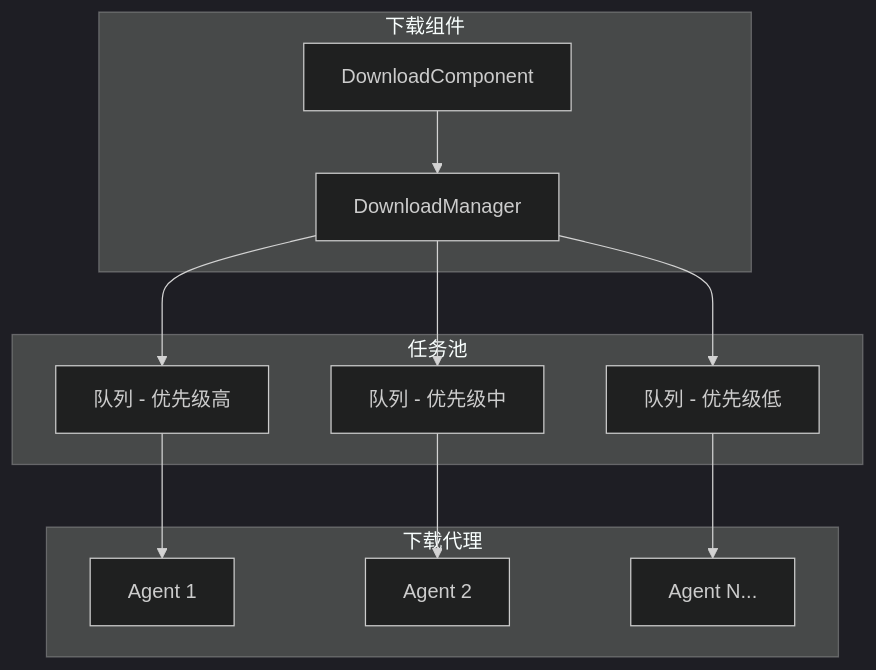
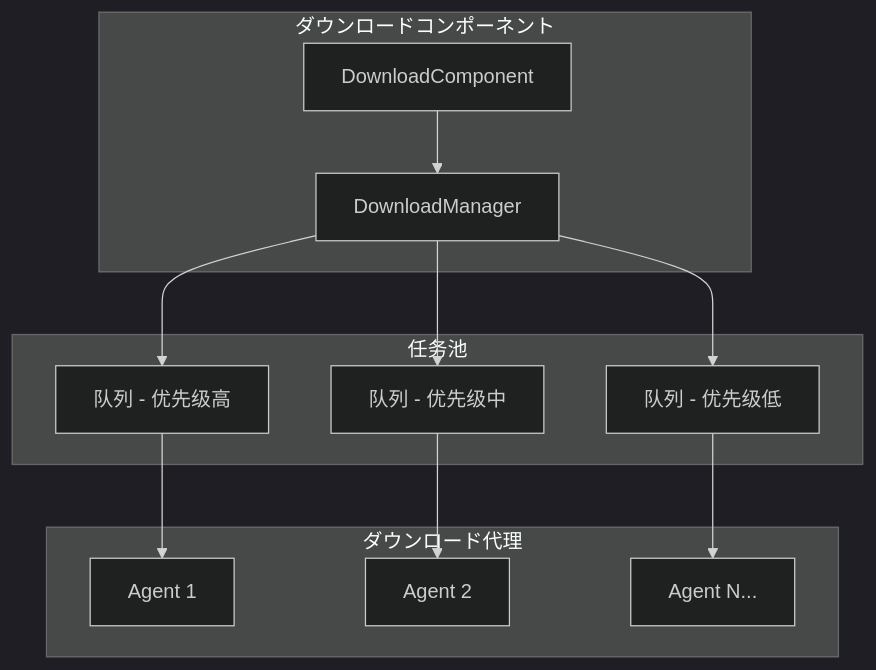
One commit to AlianBlank/GameFrameX.Docs changed the first of 3 diagrams in docs/ja/client/unity/component/download/04.features.md. Above: the diagram before and after it, drawn with Mermaid (dark theme). The commit also changed other lines of this file and 603 other files, not shown here.

````diff
--- a/docs/ja/client/unity/component/download/04.features.md
+++ b/docs/ja/client/unity/component/download/04.features.md
@@ -22,27 +22,27 @@
 ```mermaid
 flowchart TD
-    subgraph DownloadComponent["下载组件"]
+    subgraph DownloadComponent["ダウンロードコンポーネント"]
         DC[DownloadComponent]
         DM[DownloadManager]
     end
 
     subgraph TaskPool["任务池"]
         Q1[队列 - 优先级高]
         Q2[队列 - 优先级中]
         Q3[队列 - 优先级低]
     end
 
-    subgraph Agents["下载代理"]
+    subgraph Agents["ダウンロード代理"]
         A1[Agent 1]
         A2[Agent 2]
         A3[Agent N...]
     end
 
     DC --> DM
     DM --> Q1
     DM --> Q2
     DM --> Q3
     Q1 --> A1
     Q2 --> A2
     Q3 --> A3
 ```
````
